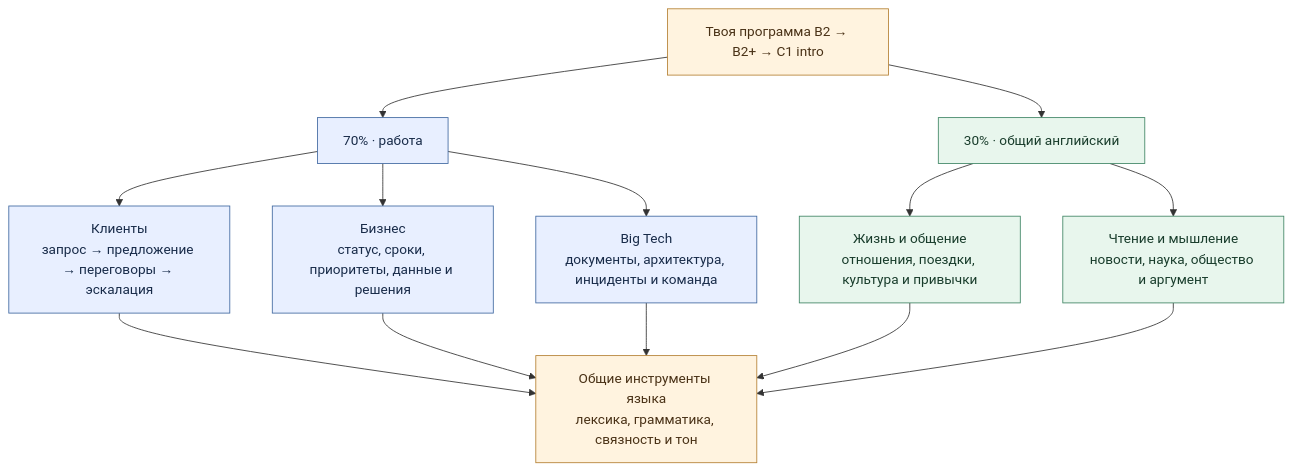
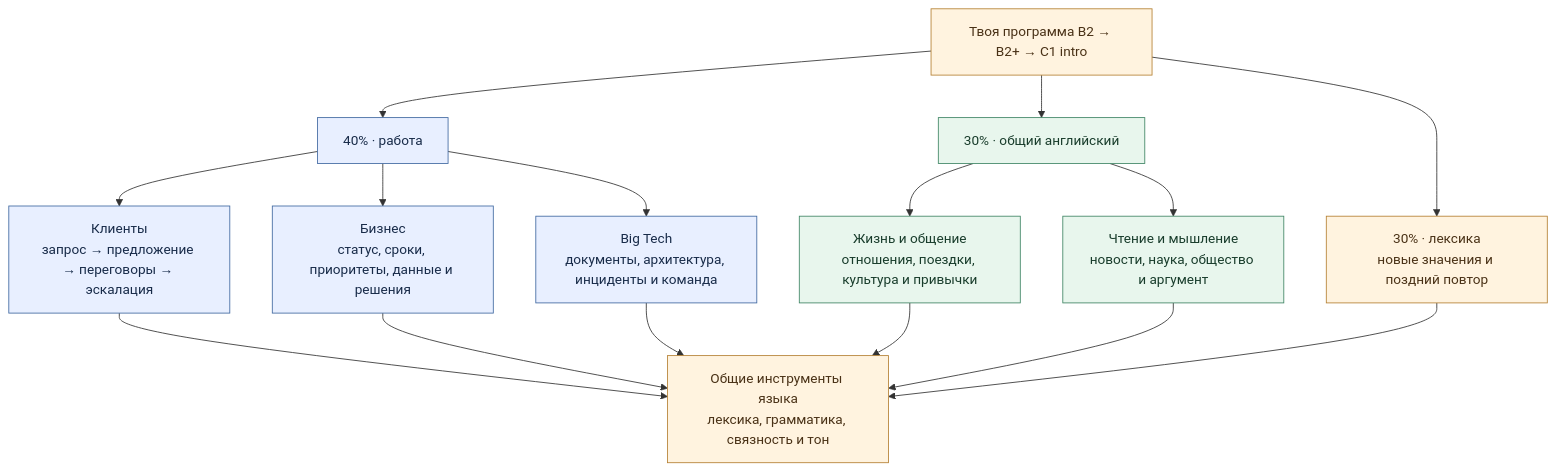
The first of 4 diagrams in docs/curriculum/learning-programme.md (eiler2005/FluentLoop), drawn with Mermaid before and after one commit. The commit also changed other lines of this file and 55 other files, not shown here.

````diff
--- a/docs/curriculum/learning-programme.md
+++ b/docs/curriculum/learning-programme.md
@@ -31,22 +32,24 @@
 ```mermaid
 flowchart TB
     A["Твоя программа B2 → B2+ → C1 intro"]
-    A --> W["70% · работа"]
+    A --> W["40% · работа"]
     A --> G["30% · общий английский"]
+    A --> X["30% · лексика<br/>новые значения и поздний повтор"]
     W --> C["Клиенты<br/>запрос → предложение → переговоры → эскалация"]
     W --> B["Бизнес<br/>статус, сроки, приоритеты, данные и решения"]
     W --> T["Big Tech<br/>документы, архитектура, инциденты и команда"]
     G --> L["Жизнь и общение<br/>отношения, поездки, культура и привычки"]
     G --> R["Чтение и мышление<br/>новости, наука, общество и аргумент"]
     C --> F["Общие инструменты языка<br/>лексика, грамматика, связность и тон"]
     B --> F
     T --> F
     L --> F
     R --> F
+    X --> F
     classDef work fill:#e8efff,stroke:#4169a1,color:#182b49
     classDef general fill:#e8f6ed,stroke:#408665,color:#183c2b
     classDef base fill:#fff3df,stroke:#b58134,color:#493116
     class W,C,B,T work
     class G,L,R general
-    class A,F base
+    class A,F,X base
 ```
````
